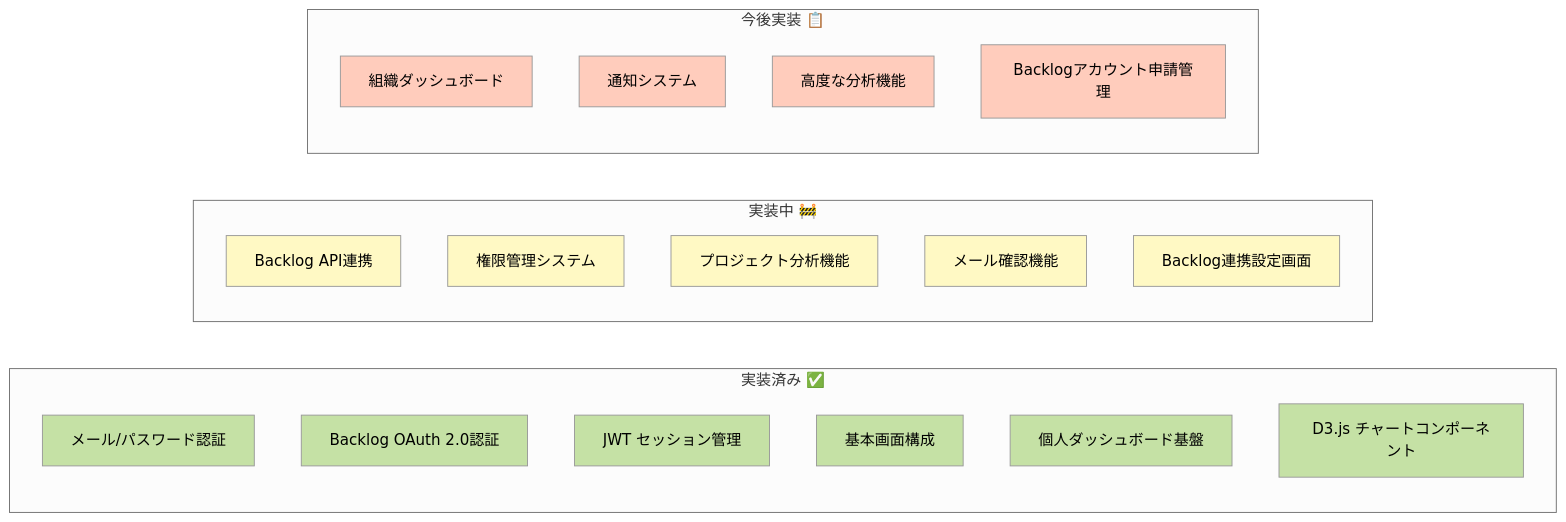
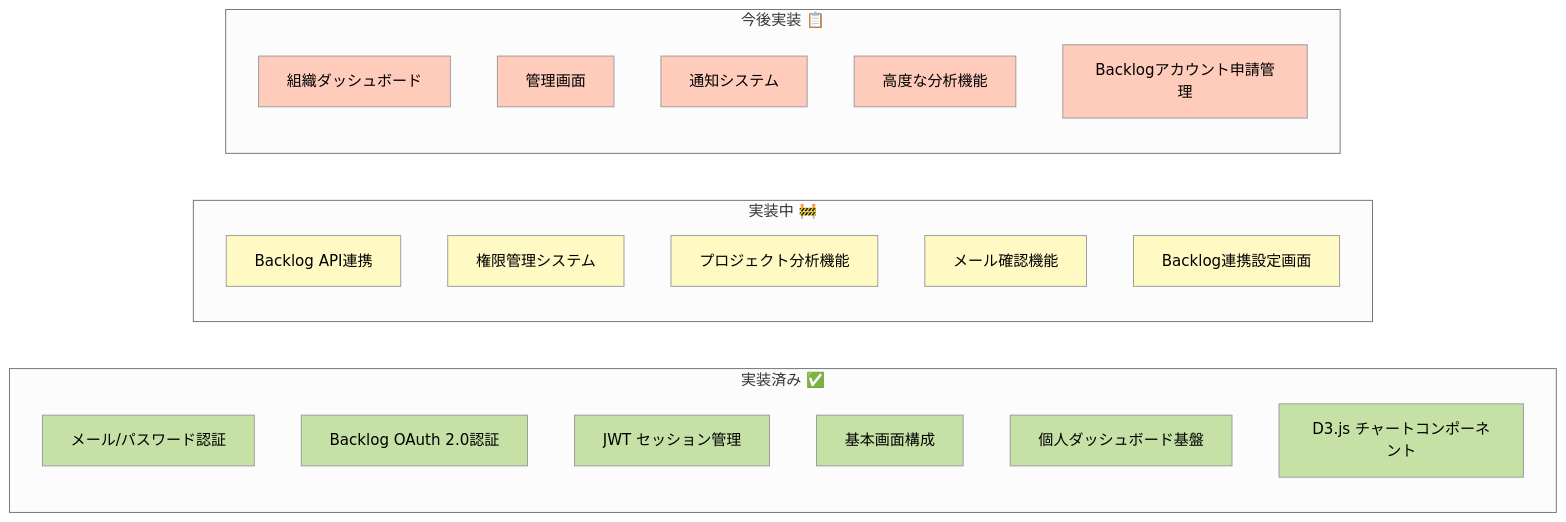
The second of 13 diagrams in Doc/mvp.md (rasshii/team-insight), drawn with Mermaid (neutral theme) before and after one commit. The commit also changed other lines of this file and 64 other files, not shown here.

````diff
--- a/Doc/mvp.md
+++ b/Doc/mvp.md
@@ -37,42 +36,44 @@
 ```mermaid
 graph LR
     subgraph "実装済み ✅"
         A1[メール/パスワード認証]
         A2[Backlog OAuth 2.0認証]
         A3[JWT セッション管理]
         A4[基本画面構成]
         A5[個人ダッシュボード基盤]
         A6[D3.js チャートコンポーネント]
     end
 
     subgraph "実装中 🚧"
         B1[Backlog API連携]
         B2[権限管理システム]
         B3[プロジェクト分析機能]
         B4[メール確認機能]
         B5[Backlog連携設定画面]
     end
 
     subgraph "今後実装 📋"
         C1[組織ダッシュボード]
-        C2[通知システム]
-        C3[高度な分析機能]
-        C4[Backlogアカウント申請管理]
+        C2[管理画面]
+        C3[通知システム]
+        C4[高度な分析機能]
+        C5[Backlogアカウント申請管理]
     end
 
     style A1 fill:#c5e1a5
     style A2 fill:#c5e1a5
     style A3 fill:#c5e1a5
     style A4 fill:#c5e1a5
     style A5 fill:#c5e1a5
     style A6 fill:#c5e1a5
     style B1 fill:#fff9c4
     style B2 fill:#fff9c4
     style B3 fill:#fff9c4
     style B4 fill:#fff9c4
     style B5 fill:#fff9c4
     style C1 fill:#ffccbc
     style C2 fill:#ffccbc
     style C3 fill:#ffccbc
     style C4 fill:#ffccbc
+    style C5 fill:#ffccbc
 ```
````
